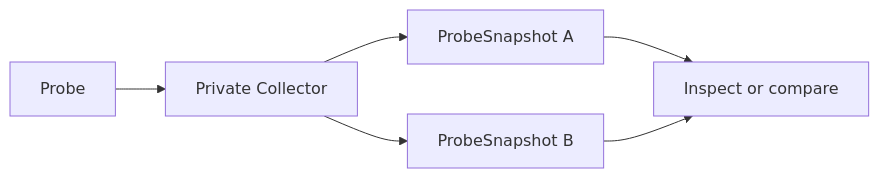
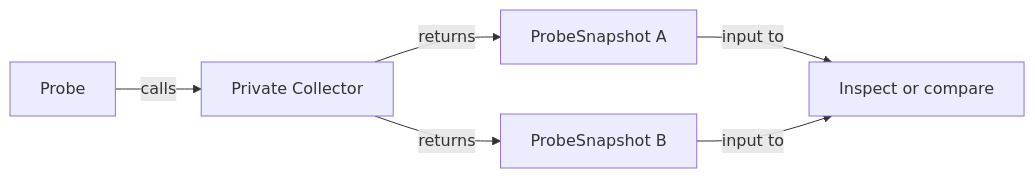
One commit to buptzyb/torch-cudagraph-debug changed the third of 3 diagrams in docs/architecture.md. Above: the diagram before and after it, drawn with Mermaid. The commit also changed other lines of this file and 11 other files, not shown here.

````diff
--- a/docs/architecture.md
+++ b/docs/architecture.md
@@ -112,8 +112,8 @@
 ```mermaid
 flowchart LR
-    P["Probe"] --> C["Private Collector"]
-    C --> A["ProbeSnapshot A"]
-    C --> B["ProbeSnapshot B"]
-    A --> D["Inspect or compare"]
-    B --> D
+    P["Probe"] -->|calls| C["Private Collector"]
+    C -->|returns| A["ProbeSnapshot A"]
+    C -->|returns| B["ProbeSnapshot B"]
+    A -->|input to| D["Inspect or compare"]
+    B -->|input to| D
 ```
````
